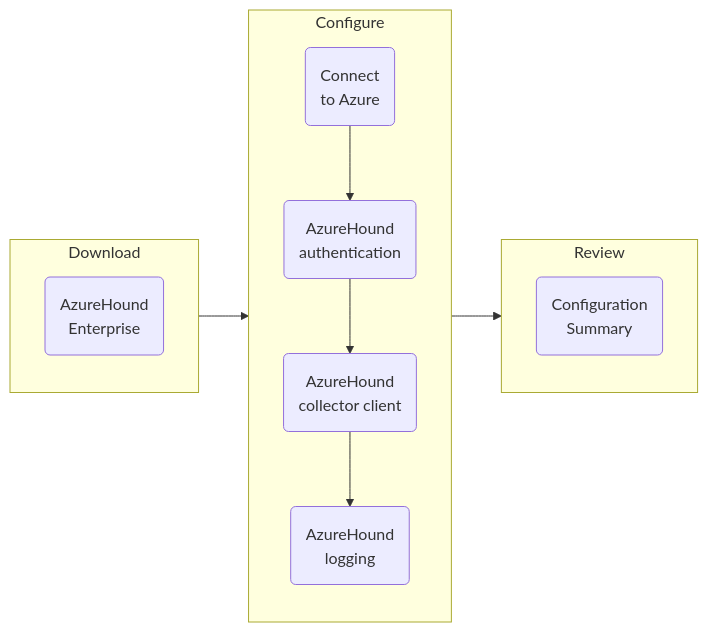
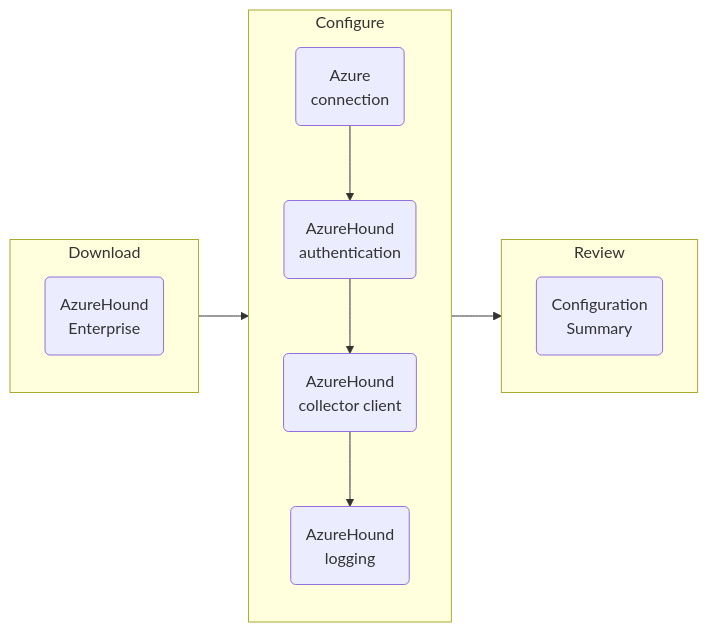
Before and after one commit to SpecterOps/bloodhound-docs: the diagram in docs/install-data-collector/install-azurehound/create-configuration.mdx, drawn with Mermaid. The commit also changed other lines of this file, not shown here.

Commit message:
chore: add a lead-in for procedure

````diff
--- a/docs/install-data-collector/install-azurehound/create-configuration.mdx
+++ b/docs/install-data-collector/install-azurehound/create-configuration.mdx
@@ -19,21 +19,21 @@
 ```mermaid
 flowchart LR
     subgraph Review
         f(Configuration
         Summary)
     end
     subgraph Configure
         d-->e(AzureHound
          logging)
         c-->d(AzureHound
          collector client)
-        b(Connect 
-        to Azure)-->c(AzureHound
+        b(Azure 
+        connection)-->c(AzureHound
          authentication)
     end
     subgraph Download
         a(AzureHound
         Enterprise)
     end
     Download-->Configure-->Review
 ```
````
